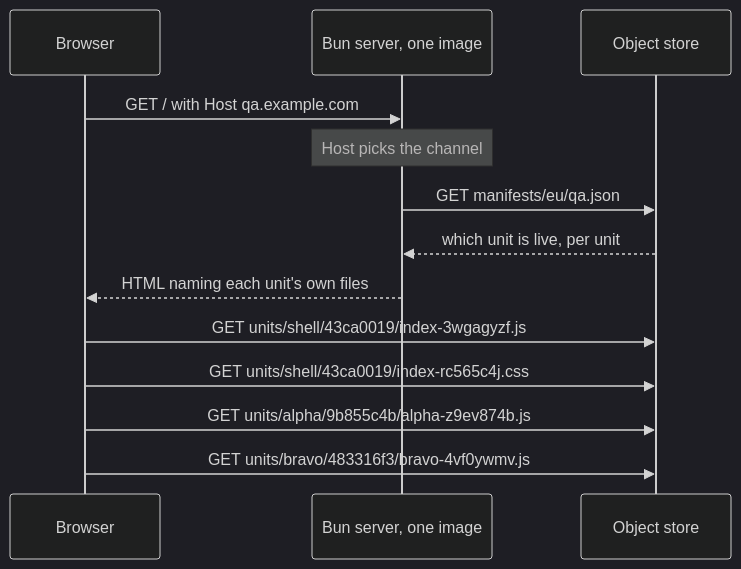
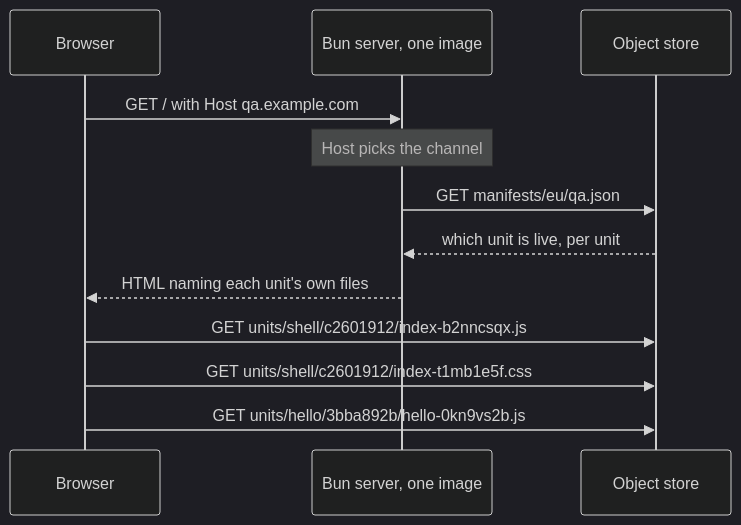
One commit to AlexJeffcott/pointer-deploy changed the diagram in README.md. Above: the diagram before and after it, drawn with Mermaid (dark theme). The commit also changed other lines of this file and 14 other files, not shown here.

````diff
--- a/README.md
+++ b/README.md
@@ -90,16 +102,15 @@
 ```mermaid
 sequenceDiagram
     participant B as Browser
     participant S as Bun server, one image
     participant T as Object store
 
     B->>S: GET / with Host qa.example.com
     Note over S: Host picks the channel
     S->>T: GET manifests/eu/qa.json
     T-->>S: which unit is live, per unit
     S-->>B: HTML naming each unit's own files
-    B->>T: GET units/shell/43ca0019/index-3wgagyzf.js
-    B->>T: GET units/shell/43ca0019/index-rc565c4j.css
-    B->>T: GET units/alpha/9b855c4b/alpha-z9ev874b.js
-    B->>T: GET units/bravo/483316f3/bravo-4vf0ywmv.js
+    B->>T: GET units/shell/c2601912/index-b2nncsqx.js
+    B->>T: GET units/shell/c2601912/index-t1mb1e5f.css
+    B->>T: GET units/hello/3bba892b/hello-0kn9vs2b.js
 ```
````
